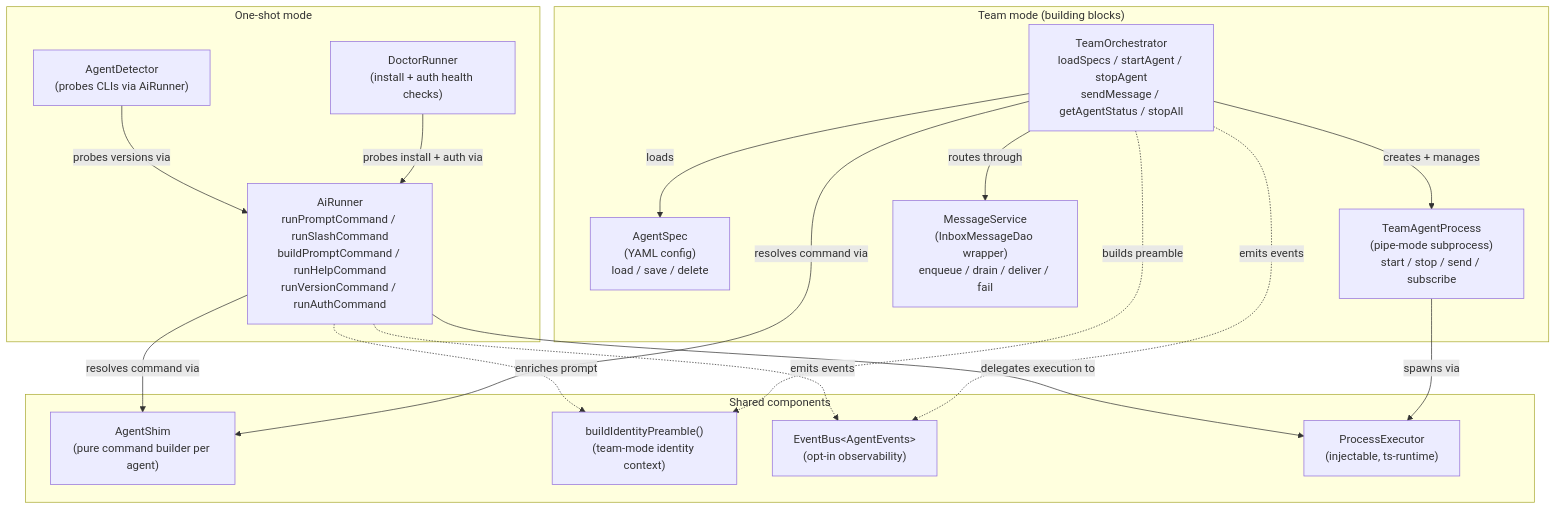
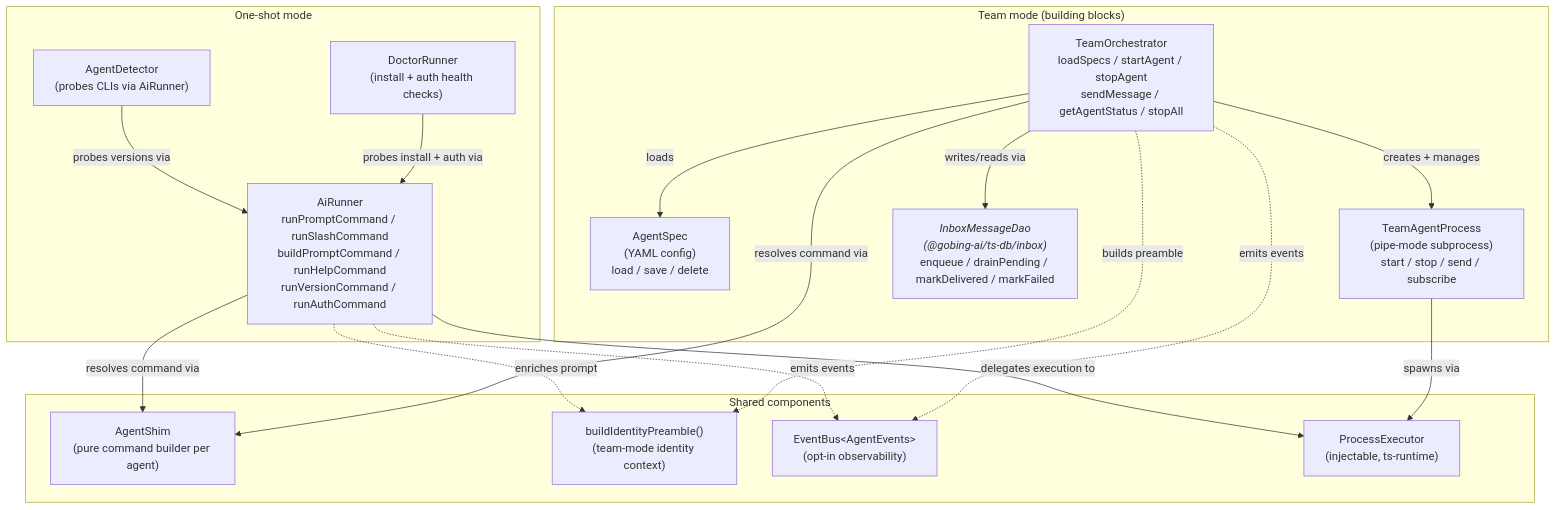
One commit to gobing-ai/ts-libs changed the first of 3 diagrams in packages/ai-runner/README.md. Above: the diagram before and after it, drawn with Mermaid. The commit also changed other lines of this file and 4 other files, not shown here.

````diff
--- a/packages/ai-runner/README.md
+++ b/packages/ai-runner/README.md
@@ -39,37 +39,37 @@
 ```mermaid
 graph TB
     subgraph Shared ["Shared components"]
         AgentShim["AgentShim<br/>(pure command builder per agent)"]
         Identity["buildIdentityPreamble()<br/>(team-mode identity context)"]
         EventBus["EventBus&lt;AgentEvents&gt;<br/>(opt-in observability)"]
         ProcessExecutor["ProcessExecutor<br/>(injectable, ts-runtime)"]
     end
 
     subgraph OneShot ["One-shot mode"]
         AiRunner["AiRunner<br/>runPromptCommand / runSlashCommand<br/>buildPromptCommand / runHelpCommand<br/>runVersionCommand / runAuthCommand"]
         AgentDetector["AgentDetector<br/>(probes CLIs via AiRunner)"]
         DoctorRunner["DoctorRunner<br/>(install + auth health checks)"]
 
         AiRunner -->|"resolves command via"| AgentShim
         AiRunner -->|"delegates execution to"| ProcessExecutor
         AgentDetector -->|"probes versions via"| AiRunner
         DoctorRunner -->|"probes install + auth via"| AiRunner
         AiRunner -.->|"emits events"| EventBus
         AiRunner -.->|"enriches prompt"| Identity
     end
 
     subgraph TeamMode ["Team mode (building blocks)"]
         TeamOrchestrator["TeamOrchestrator<br/>loadSpecs / startAgent / stopAgent<br/>sendMessage / getAgentStatus / stopAll"]
         AgentSpec["AgentSpec<br/>(YAML config)<br/>load / save / delete"]
         TeamAgentProcess["TeamAgentProcess<br/>(pipe-mode subprocess)<br/>start / stop / send / subscribe"]
-        MessageService["MessageService<br/>(InboxMessageDao wrapper)<br/>enqueue / drain / deliver / fail"]
+        InboxMessageDao["<i>InboxMessageDao<br/>(@gobing-ai/ts-db/inbox)</i><br/>enqueue / drainPending / markDelivered / markFailed"]
 
         TeamOrchestrator -->|"loads"| AgentSpec
         TeamOrchestrator -->|"creates + manages"| TeamAgentProcess
-        TeamOrchestrator -->|"routes through"| MessageService
+        TeamOrchestrator -->|"writes/reads via"| InboxMessageDao
         TeamOrchestrator -->|"resolves command via"| AgentShim
         TeamOrchestrator -.->|"emits events"| EventBus
         TeamOrchestrator -.->|"builds preamble"| Identity
         TeamAgentProcess -->|"spawns via"| ProcessExecutor
     end
 ```
````
